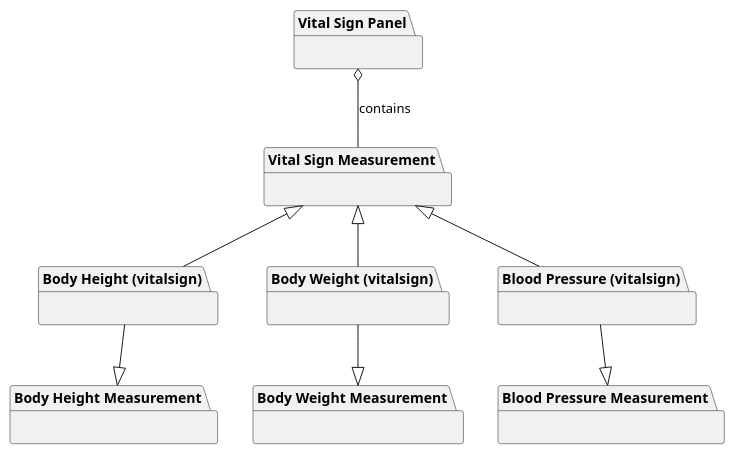
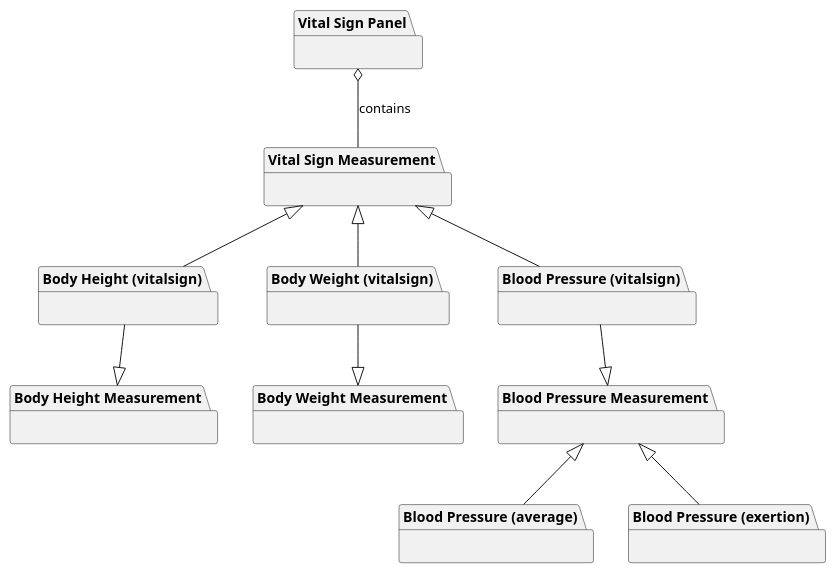
Before and after one commit to frankoemig/vital-signs-demo: the diagram in input/images-source/vitalsign_panel.plantuml, drawn with PlantUML. The commit also changed 2 other files, not shown here.

```diff
--- a/input/images-source/vitalsign_panel.plantuml
+++ b/input/images-source/vitalsign_panel.plantuml
@@ -1,38 +1,45 @@
 @startuml
 
 
 package "Vital Sign Panel" as pkg {
 
 }
 
 package "Vital Sign Measurement" as pkg1 {
 
 }
 
 pkg o-- pkg1 : contains
 
 package "Blood Pressure Measurement" as pkg2a {
 }
 package "Body Weight Measurement" as pkg3a {
 }
 package "Body Height Measurement" as pkg4a {
 }
 
 package "Blood Pressure (vitalsign)" as pkg2b {
 }
 package "Body Weight (vitalsign)" as pkg3b {
 }
 package "Body Height (vitalsign)" as pkg4b {
 }
 
+package "Blood Pressure (average)" as pkg2c {
+}
+package "Blood Pressure (exertion)" as pkg2d {
+}
+
 
 pkg1 <|-- pkg2b
 pkg1 <|-- pkg3b
 pkg1 <|-- pkg4b
 
 pkg2a <|-up- pkg2b
 pkg3a <|-up- pkg3b
 pkg4a <|-up- pkg4b
 
+pkg2a <|-down- pkg2c
+pkg2a <|-down- pkg2d
 
 @enduml
```
